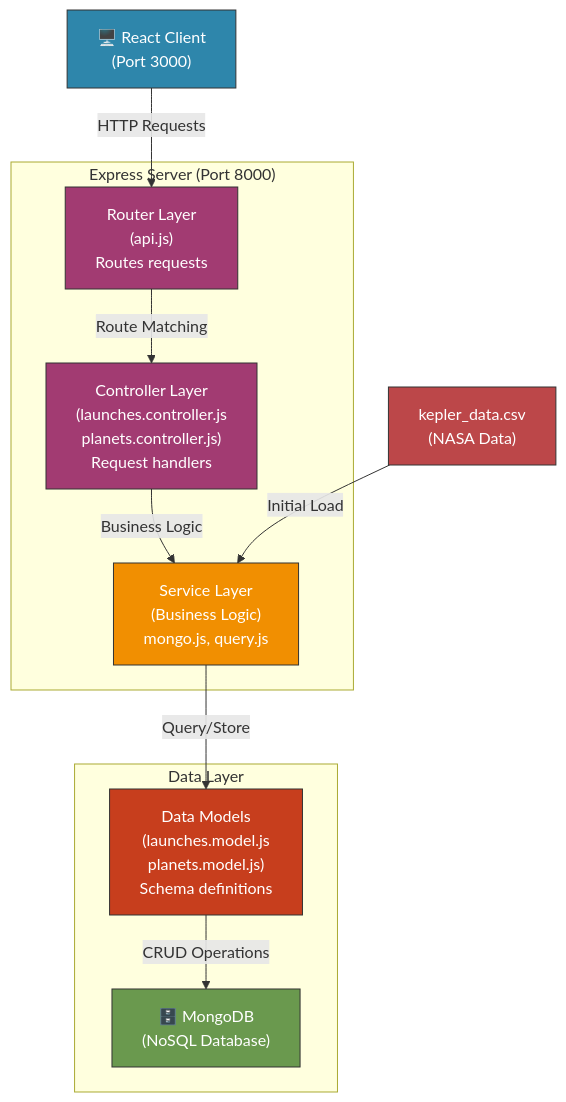
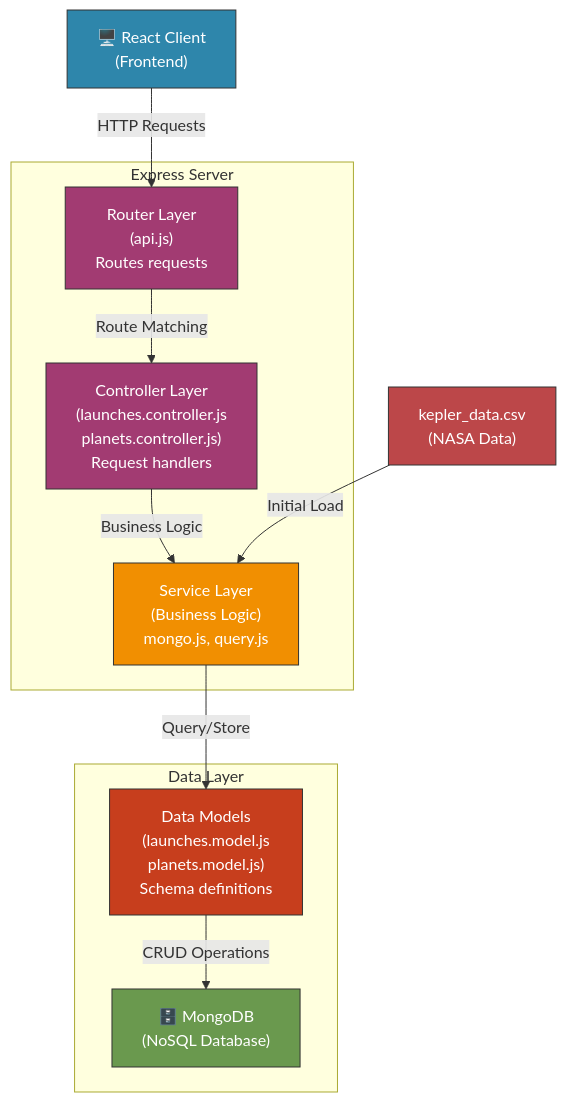
Before and after one commit to raushanapp/full-stack-space-project: the first of 5 diagrams in README.md, drawn with Mermaid. The commit also changed other lines of this file, not shown here.

````diff
--- a/README.md
+++ b/README.md
@@ -272,32 +262,32 @@
 ```mermaid
 graph TB
-    Client["🖥️ React Client<br/>(Port 3000)"]
+    Client["🖥️ React Client<br/>(Frontend)"]
 
-    subgraph "Express Server (Port 8000)"
+    subgraph "Express Server"
         Router["Router Layer<br/>(api.js)<br/>Routes requests"]
         Controller["Controller Layer<br/>(launches.controller.js<br/>planets.controller.js)<br/>Request handlers"]
         Service["Service Layer<br/>(Business Logic)<br/>mongo.js, query.js"]
     end
 
     subgraph "Data Layer"
         Model["Data Models<br/>(launches.model.js<br/>planets.model.js)<br/>Schema definitions"]
         MongoDB["🗄️ MongoDB<br/>(NoSQL Database)"]
     end
 
     DataFile["kepler_data.csv<br/>(NASA Data)"]
 
     Client -->|HTTP Requests| Router
     Router -->|Route Matching| Controller
     Controller -->|Business Logic| Service
     Service -->|Query/Store| Model
     Model -->|CRUD Operations| MongoDB
     DataFile -->|Initial Load| Service
 
     style Client fill:#2E86AB,stroke:#333,color:#fff
     style Router fill:#A23B72,stroke:#333,color:#fff
     style Controller fill:#A23B72,stroke:#333,color:#fff
     style Service fill:#F18F01,stroke:#333,color:#fff
     style Model fill:#C73E1D,stroke:#333,color:#fff
     style MongoDB fill:#6A994E,stroke:#333,color:#fff
     style DataFile fill:#BC4749,stroke:#333,color:#fff
 ```
````
